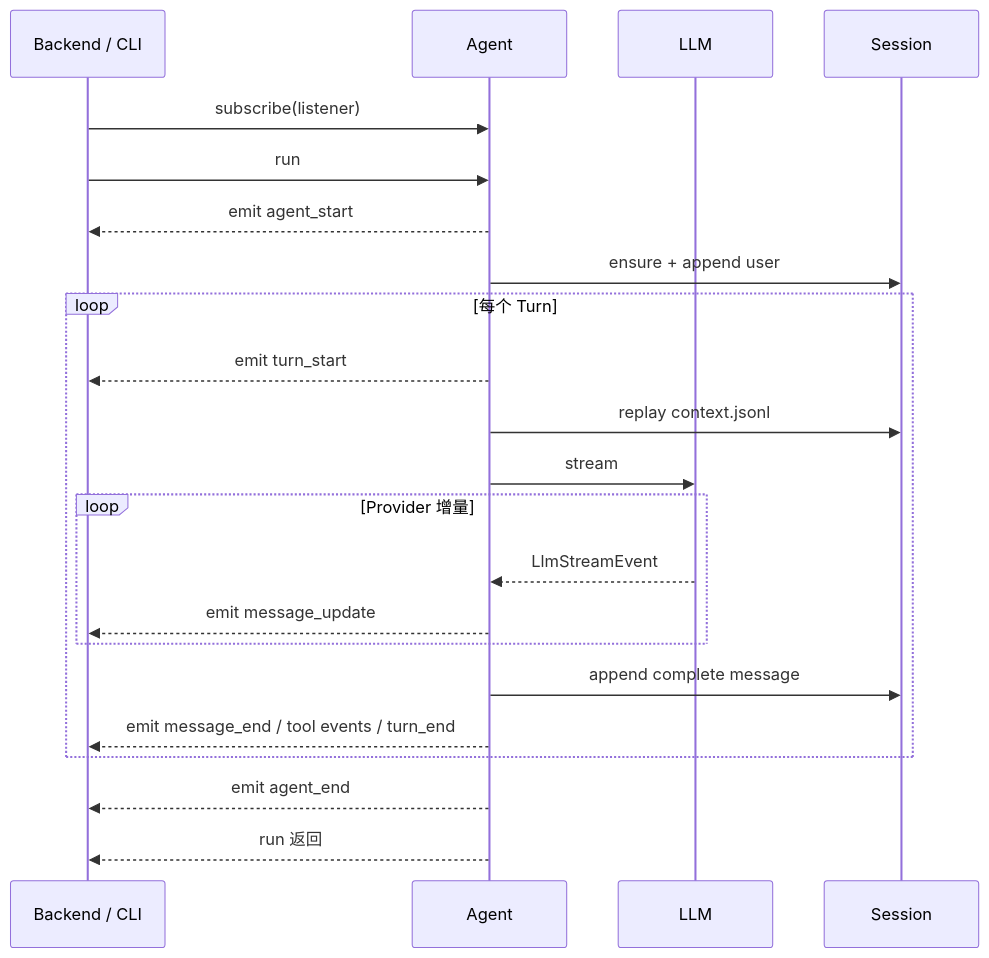
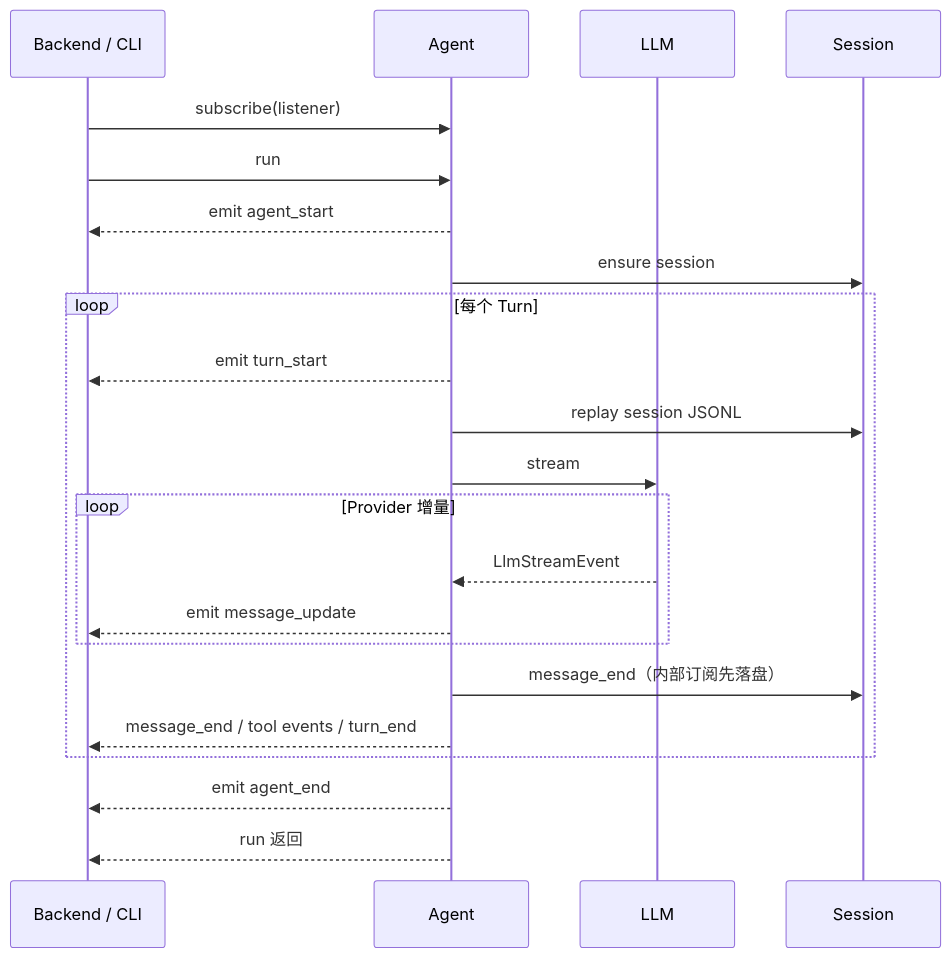
The second of 2 diagrams in docs/项目架构.md (Camelovee/Camel-Harness), drawn with Mermaid before and after one commit. The commit also changed other lines of this file and 27 other files, not shown here.

````diff
--- a/docs/项目架构.md
+++ b/docs/项目架构.md
@@ -144,25 +144,25 @@
 ```mermaid
 sequenceDiagram
     participant U as Backend / CLI
     participant A as Agent
     participant M as LLM
     participant S as Session
 
     U->>A: subscribe(listener)
     U->>A: run
     A-->>U: emit agent_start
-    A->>S: ensure + append user
+    A->>S: ensure session
     loop 每个 Turn
         A-->>U: emit turn_start
-        A->>S: replay context.jsonl
+        A->>S: replay session JSONL
         A->>M: stream
         loop Provider 增量
             M-->>A: LlmStreamEvent
             A-->>U: emit message_update
         end
-        A->>S: append complete message
-        A-->>U: emit message_end / tool events / turn_end
+        A->>S: message_end（内部订阅先落盘）
+        A-->>U: message_end / tool events / turn_end
     end
     A-->>U: emit agent_end
     A-->>U: run 返回
 ```
````
